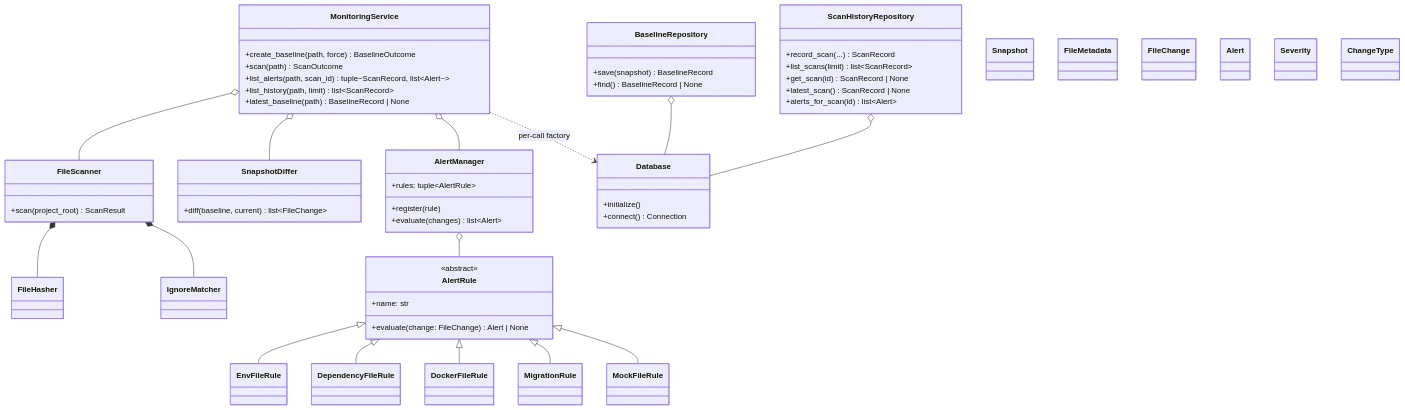
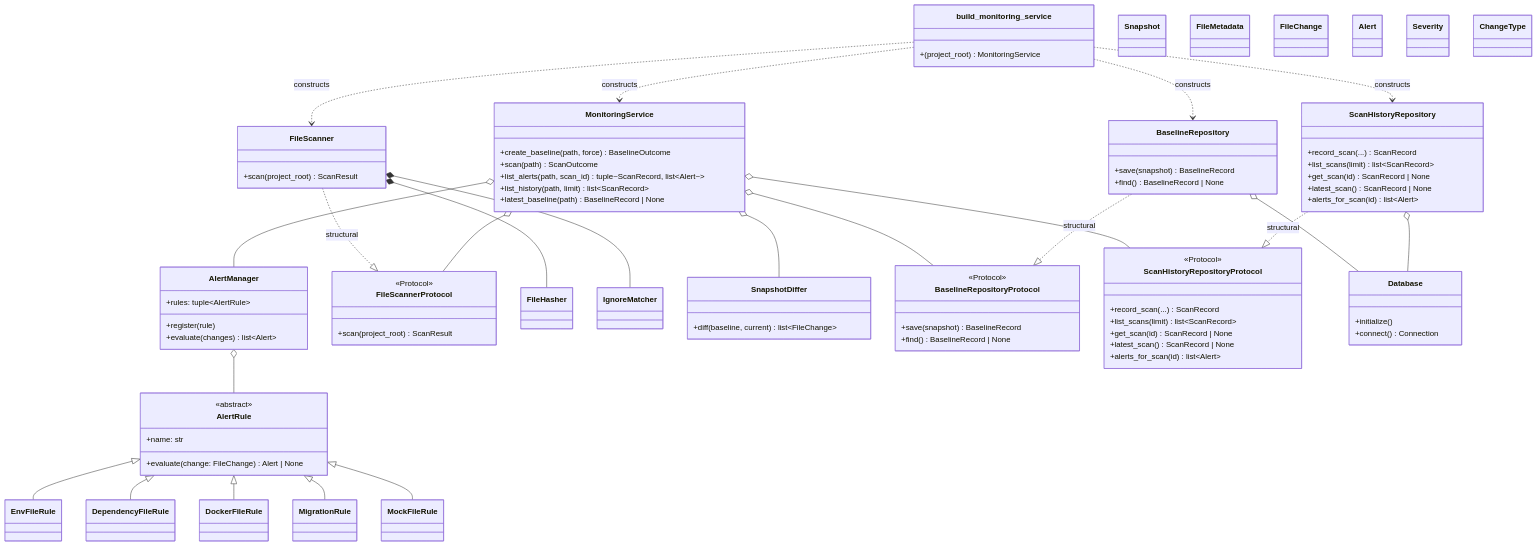
Before and after one commit to Gab-Mello/codeGuard: the second of 5 diagrams in docs/architecture.md, drawn with Mermaid. The commit also changed other lines of this file and 1 other file, not shown here.

Commit message:
chore: update architecture documentation

```diff
--- a/docs/architecture.md
+++ b/docs/architecture.md
@@ -67,16 +89,35 @@
     }
     AlertManager o-- AlertRule
 
+    class FileScannerProtocol {
+        <<Protocol>>
+        +scan(project_root) ScanResult
+    }
     class FileScanner {
         +scan(project_root) ScanResult
     }
     class FileHasher
     class IgnoreMatcher
+    FileScanner ..|> FileScannerProtocol : structural
     FileScanner *-- FileHasher
     FileScanner *-- IgnoreMatcher
 
     class SnapshotDiffer {
         +diff(baseline, current) list~FileChange~
+    }
+
+    class BaselineRepositoryProtocol {
+        <<Protocol>>
+        +save(snapshot) BaselineRecord
+        +find() BaselineRecord | None
+    }
+    class ScanHistoryRepositoryProtocol {
+        <<Protocol>>
+        +record_scan(...) ScanRecord
+        +list_scans(limit) list~ScanRecord~
+        +get_scan(id) ScanRecord | None
+        +latest_scan() ScanRecord | None
+        +alerts_for_scan(id) list~Alert~
     }
 
     class MonitoringService {
@@ -86,7 +127,9 @@
         +list_history(path, limit) list~ScanRecord~
         +latest_baseline(path) BaselineRecord | None
     }
-    MonitoringService o-- FileScanner
+    MonitoringService o-- FileScannerProtocol
+    MonitoringService o-- BaselineRepositoryProtocol
+    MonitoringService o-- ScanHistoryRepositoryProtocol
     MonitoringService o-- SnapshotDiffer
     MonitoringService o-- AlertManager
 
@@ -105,9 +148,18 @@
         +latest_scan() ScanRecord | None
         +alerts_for_scan(id) list~Alert~
     }
+    BaselineRepository ..|> BaselineRepositoryProtocol : structural
+    ScanHistoryRepository ..|> ScanHistoryRepositoryProtocol : structural
     BaselineRepository o-- Database
     ScanHistoryRepository o-- Database
-    MonitoringService ..> Database : per-call factory
+
+    class build_monitoring_service {
+        +(project_root) MonitoringService
+    }
+    build_monitoring_service ..> MonitoringService : constructs
+    build_monitoring_service ..> BaselineRepository : constructs
+    build_monitoring_service ..> ScanHistoryRepository : constructs
+    build_monitoring_service ..> FileScanner : constructs
 
     class Snapshot
     class FileMetadata
```
